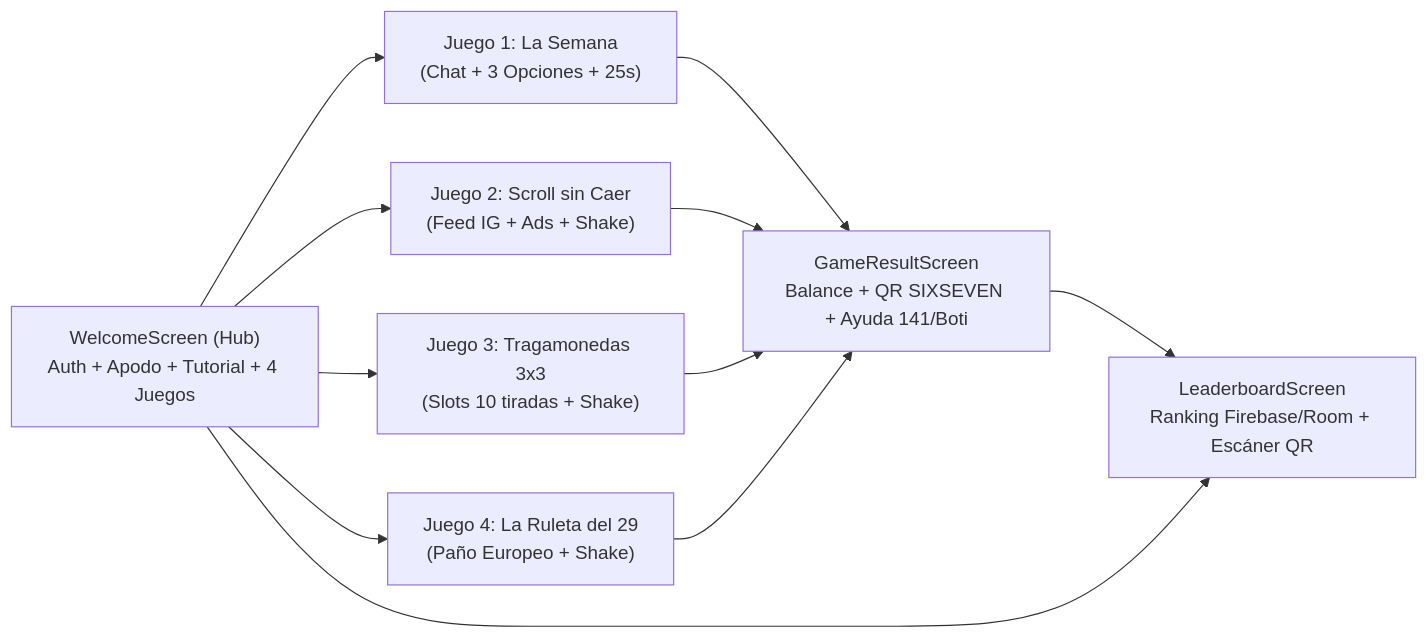
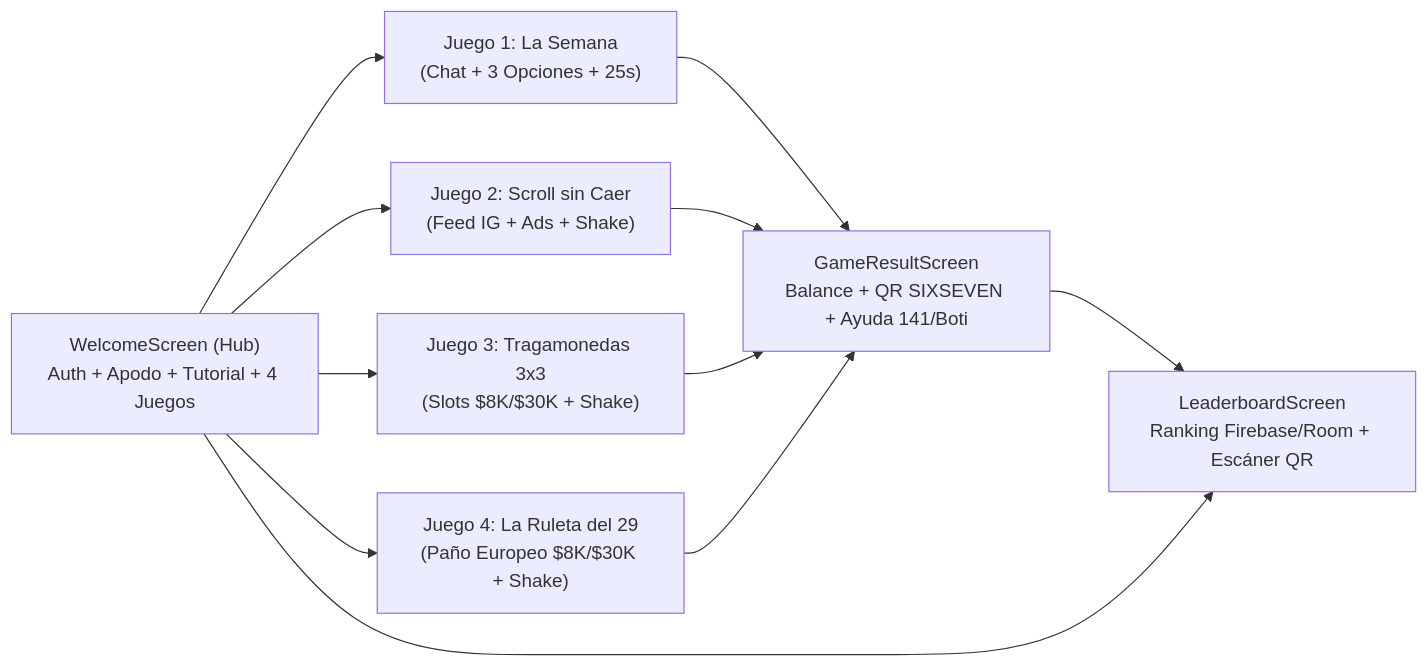
Before and after one commit to 314-thon/DAM: the diagram in README.md, drawn with Mermaid. The commit also changed other lines of this file and 13 other files, not shown here.

````diff
--- a/README.md
+++ b/README.md
@@ -47,13 +47,13 @@
 ```mermaid
 flowchart LR
     A["WelcomeScreen (Hub)\nAuth + Apodo + Tutorial + 4 Juegos"] --> B1["Juego 1: La Semana\n(Chat + 3 Opciones + 25s)"]
     A --> B2["Juego 2: Scroll sin Caer\n(Feed IG + Ads + Shake)"]
-    A --> B3["Juego 3: Tragamonedas 3x3\n(Slots 10 tiradas + Shake)"]
-    A --> B4["Juego 4: La Ruleta del 29\n(Paño Europeo + Shake)"]
+    A --> B3["Juego 3: Tragamonedas 3x3\n(Slots $8K/$30K + Shake)"]
+    A --> B4["Juego 4: La Ruleta del 29\n(Paño Europeo $8K/$30K + Shake)"]
     B1 --> C["GameResultScreen\nBalance + QR SIXSEVEN + Ayuda 141/Boti"]
     B2 --> C
     B3 --> C
     B4 --> C
     C --> D["LeaderboardScreen\nRanking Firebase/Room + Escáner QR"]
     A --> D
 ```
````
